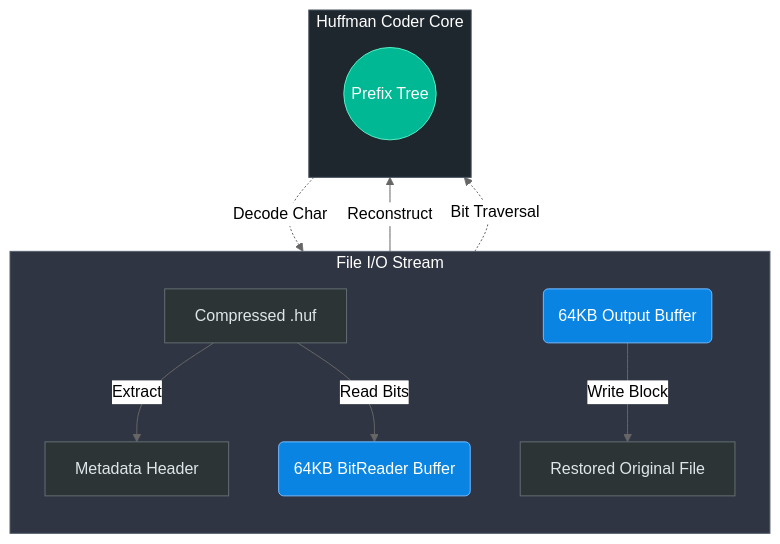
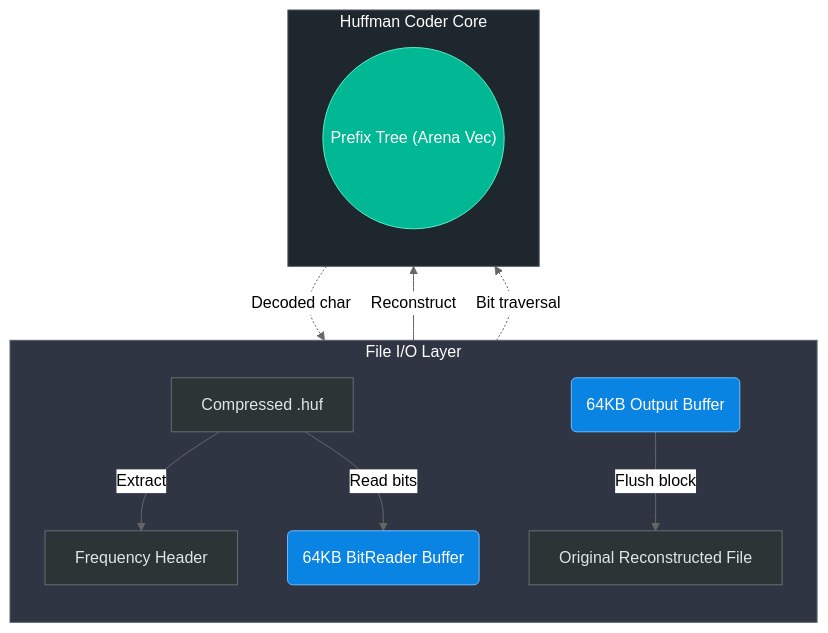
Before and after one commit to Komal-ai417/HuffmanProject: the second of 2 diagrams in README.md, drawn with Mermaid (neutral theme). The commit also changed other lines of this file, not shown here.

````diff
--- a/README.md
+++ b/README.md
@@ -74,29 +111,29 @@
 ```mermaid
 flowchart TD
-    classDef file fill:#2d3436,stroke:#636e72,color:#dfe6e9
+    classDef file   fill:#2d3436,stroke:#636e72,color:#dfe6e9
     classDef buffer fill:#0984e3,stroke:#74b9ff,color:#fff
-    classDef tree fill:#00b894,stroke:#55efc4,color:#fff
+    classDef tree   fill:#00b894,stroke:#55efc4,color:#fff
 
-    subgraph IOStream ["File I/O Stream"]
+    subgraph IOStream ["File I/O Layer"]
         direction TB
-        A[Compressed .huf]:::file
-        F[Restored Original File]:::file
-        B[Metadata Header]:::file
-        C(64KB BitReader Buffer):::buffer
-        E(64KB Output Buffer):::buffer
+        A["Compressed .huf"]:::file
+        F["Original Reconstructed File"]:::file
+        B["Frequency Header"]:::file
+        C("64KB BitReader Buffer"):::buffer
+        E("64KB Output Buffer"):::buffer
         A -->|Extract| B
-        A -->|Read Bits| C
-        E -->|Write Block| F
+        A -->|Read bits| C
+        E -->|Flush block| F
     end
 
     subgraph CoderCore ["Huffman Coder Core"]
         direction TB
-        D((Prefix Tree)):::tree
+        D(("Prefix Tree (Arena Vec)")):::tree
         B -->|Reconstruct| D
-        C -.->|Bit Traversal| D
-        D -.->|Decode Char| E
+        C -.->|Bit traversal| D
+        D -.->|Decoded char| E
     end
 
     style IOStream fill:#2f3542,stroke:#57606f,color:#fff
     style CoderCore fill:#1e272e,stroke:#485460,color:#fff
 ```
````
